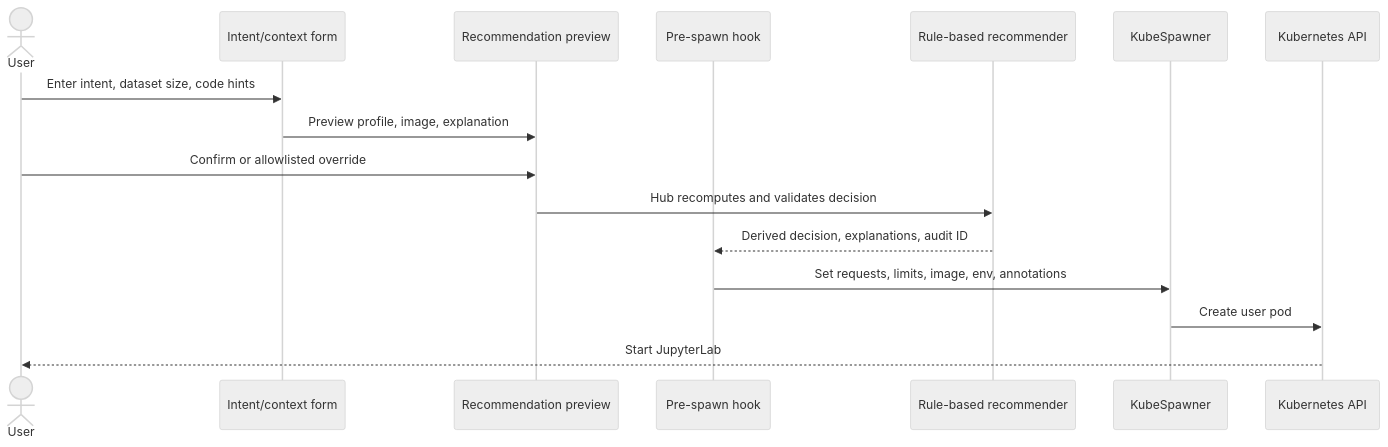
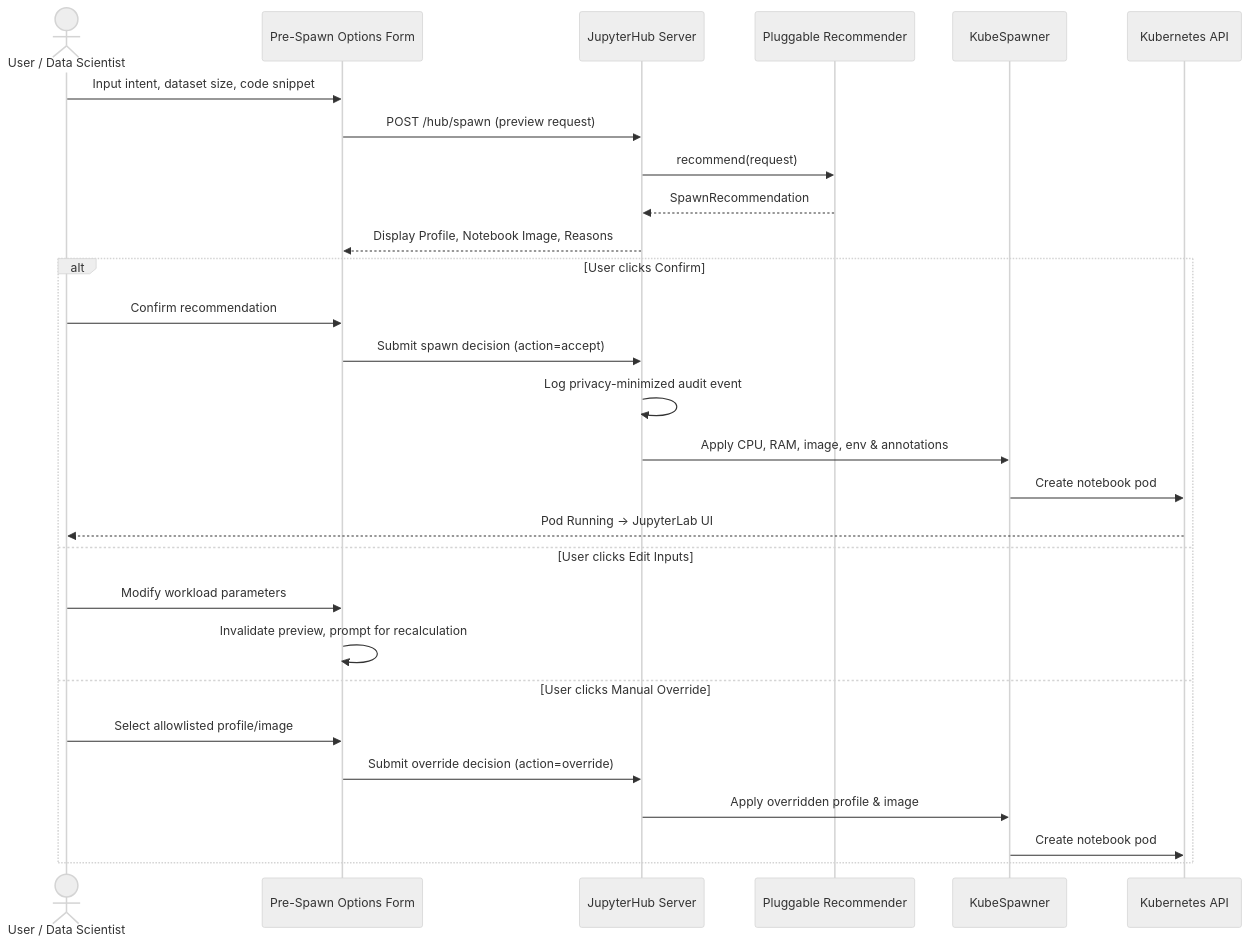
Before and after one commit to mthang1201/intent-spawner: the second of 2 diagrams in docs/ARCHITECTURE.md, drawn with Mermaid (neutral theme). The commit also changed other lines of this file and 61 other files, not shown here.

````diff
--- a/docs/ARCHITECTURE.md
+++ b/docs/ARCHITECTURE.md
@@ -128,19 +131,32 @@
 ```mermaid
 sequenceDiagram
-    actor User
-    participant Form as Intent/context form
-    participant Preview as Recommendation preview
-    participant Hook as Pre-spawn hook
-    participant Rules as Rule-based recommender
+    actor User as User / Data Scientist
+    participant UI as Pre-Spawn Options Form
+    participant Hub as JupyterHub Server
+    participant Backend as Pluggable Recommender
     participant Spawner as KubeSpawner
-    participant API as Kubernetes API
+    participant K8s as Kubernetes API
 
-    User->>Form: Enter intent, dataset size, code hints
-    Form->>Preview: Preview profile, image, explanation
-    User->>Preview: Confirm or allowlisted override
-    Preview->>Rules: Hub recomputes and validates decision
-    Rules-->>Hook: Derived decision, explanations, audit ID
-    Hook->>Spawner: Set requests, limits, image, env, annotations
-    Spawner->>API: Create user pod
-    API-->>User: Start JupyterLab
+    User->>UI: Input intent, dataset size, code snippet
+    UI->>Hub: POST /hub/spawn (preview request)
+    Hub->>Backend: recommend(request)
+    Backend-->>Hub: SpawnRecommendation
+    Hub-->>UI: Display Profile, Notebook Image, Reasons
+    
+    alt User clicks Confirm
+        User->>UI: Confirm recommendation
+        UI->>Hub: Submit spawn decision (action=accept)
+        Hub->>Hub: Log privacy-minimized audit event
+        Hub->>Spawner: Apply CPU, RAM, image, env & annotations
+        Spawner->>K8s: Create notebook pod
+        K8s-->>User: Pod Running -> JupyterLab UI
+    else User clicks Edit Inputs
+        User->>UI: Modify workload parameters
+        UI->>UI: Invalidate preview, prompt for recalculation
+    else User clicks Manual Override
+        User->>UI: Select allowlisted profile/image
+        UI->>Hub: Submit override decision (action=override)
+        Hub->>Spawner: Apply overridden profile & image
+        Spawner->>K8s: Create notebook pod
+    end
 ```
````
